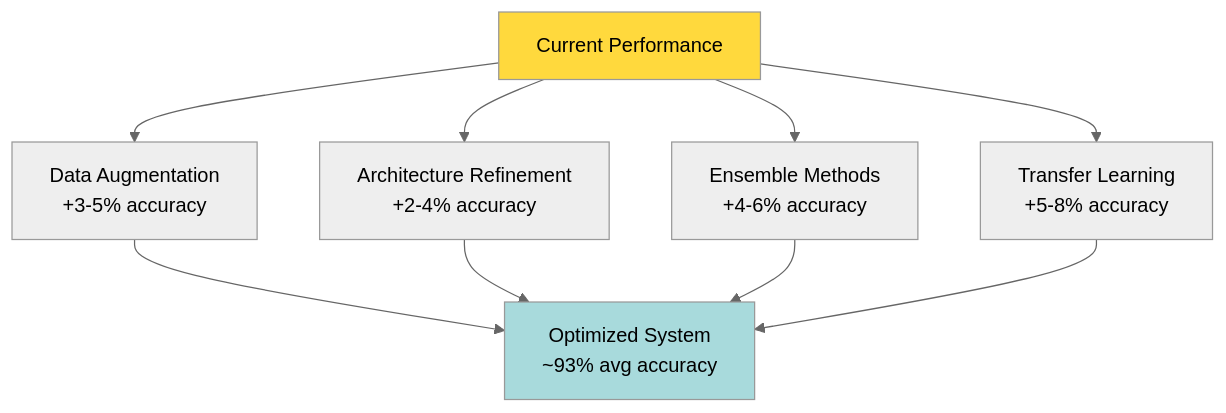
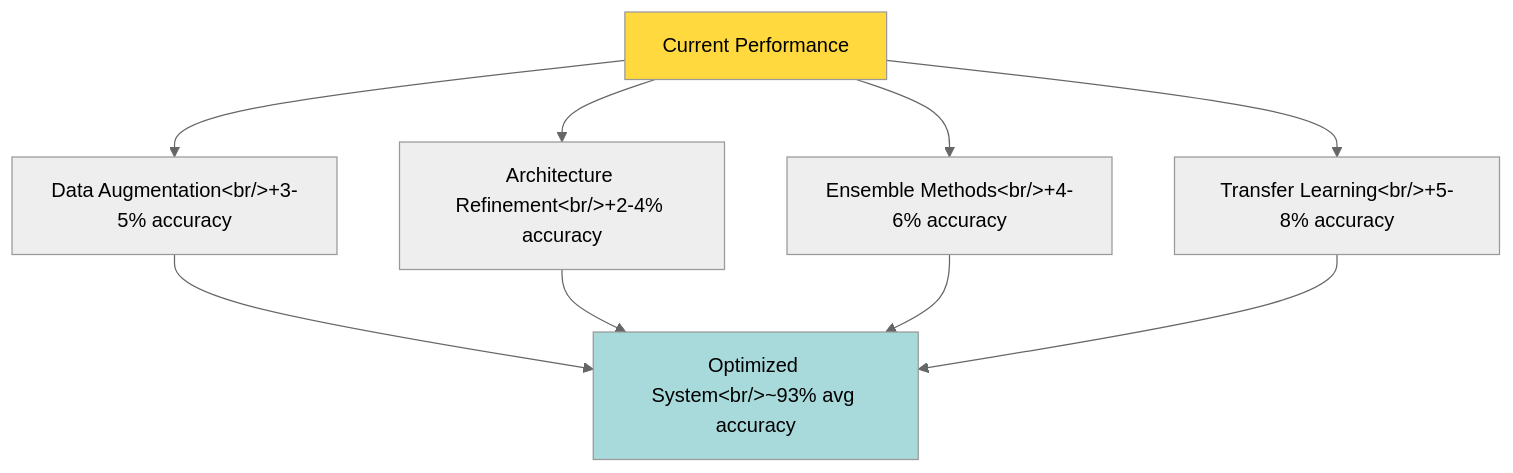
Before and after one commit to anubhab-codes/eigenbytes-site: the tenth of 10 diagrams in docs/publications/technical-papers/continuous-authentication/07 results-performance-analysis.md, drawn with Mermaid (neutral theme). The commit also changed other lines of this file, not shown here.

````diff
--- a/docs/publications/technical-papers/continuous-authentication/07 results-performance-analysis.md
+++ b/docs/publications/technical-papers/continuous-authentication/07 results-performance-analysis.md
@@ -580,15 +580,15 @@
 ```mermaid
 graph TB
-    A[Current Performance] --> B[Data Augmentation<br/>+3-5% accuracy]
-    A --> C[Architecture Refinement<br/>+2-4% accuracy]
-    A --> D[Ensemble Methods<br/>+4-6% accuracy]
-    A --> E[Transfer Learning<br/>+5-8% accuracy]
+    A[Current Performance] --> B[Data Augmentation&lt;br/>+3-5% accuracy]
+    A --> C[Architecture Refinement&lt;br/>+2-4% accuracy]
+    A --> D[Ensemble Methods&lt;br/>+4-6% accuracy]
+    A --> E[Transfer Learning&lt;br/>+5-8% accuracy]
     
-    B --> F[Optimized System<br/>~93% avg accuracy]
+    B --> F[Optimized System&lt;br/>~93% avg accuracy]
     C --> F
     D --> F
     E --> F
     
     style A fill:#ffd93d
     style F fill:#a8dadc
 ```
````
